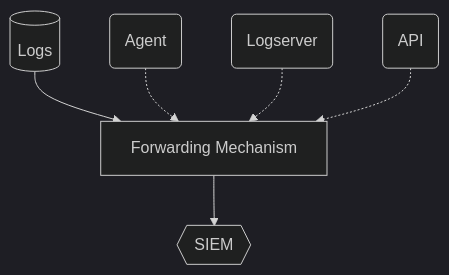
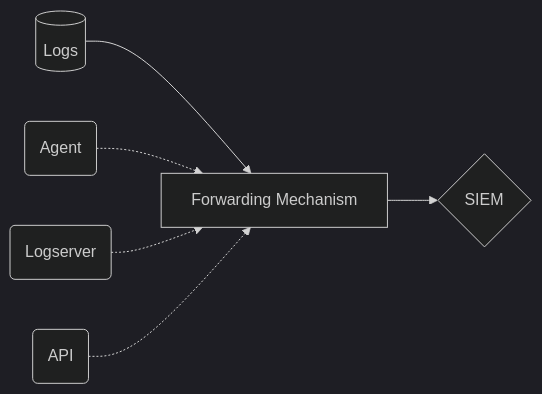
One commit to lnfernux/lnfernux.github.io changed the second of 4 diagrams in _posts/2024-01-31-AutomatingSecurityMonitoring1.md. Above: the diagram before and after it, drawn with Mermaid (dark theme). The commit also changed other lines of this file, not shown here.

````diff
--- a/_posts/2024-01-31-AutomatingSecurityMonitoring1.md
+++ b/_posts/2024-01-31-AutomatingSecurityMonitoring1.md
@@ -56,8 +56,8 @@
 ```mermaid
-graph TD
+graph LR
 L[(Logs)] --> Fwd[Forwarding Mechanism]
 A(Agent) -.-> Fwd
 LL(Logserver) -.-> Fwd
 API(API) -.-> Fwd
-Fwd --> S{{SIEM}}
+Fwd --> S{SIEM}
 ```
````
